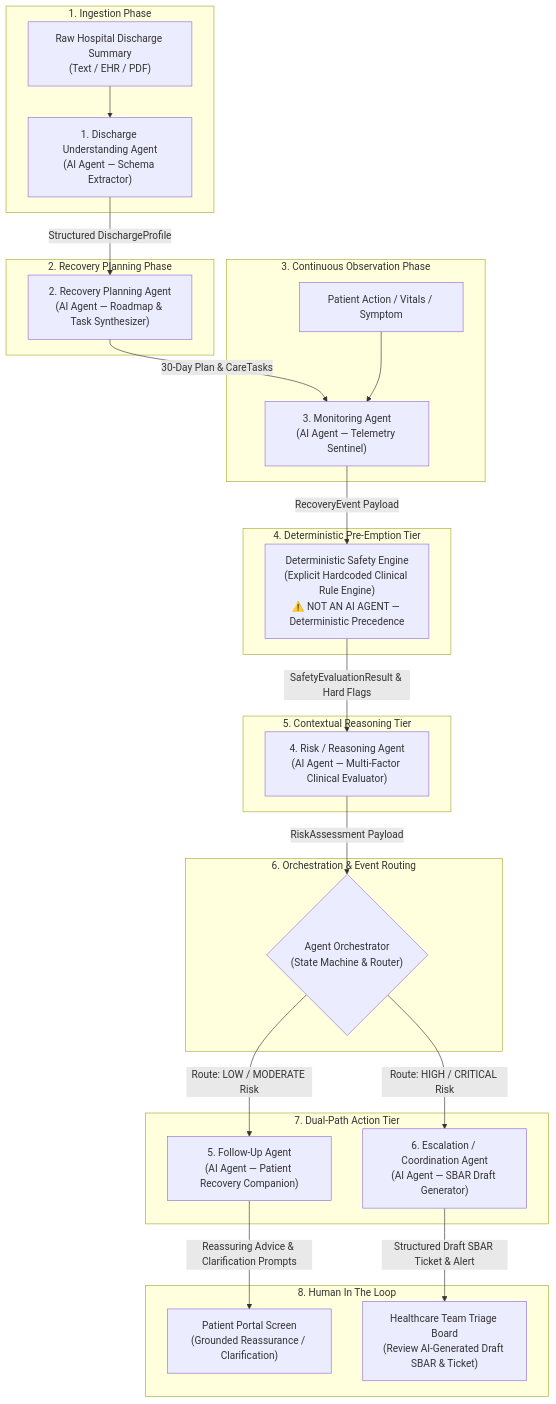
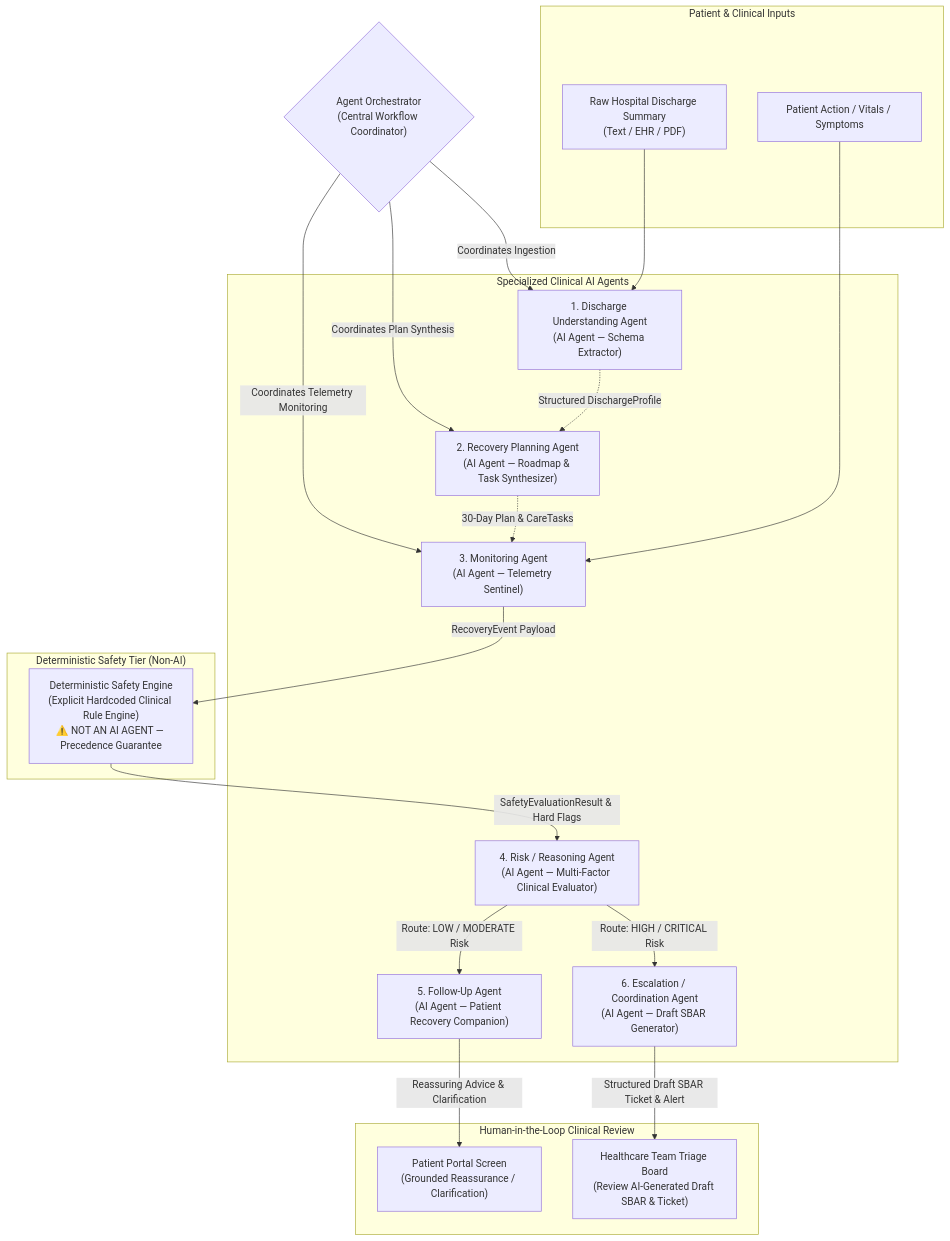
The first of 2 diagrams in docs/architecture/agent-architecture.md (pavan15279/carebridge-ai), drawn with Mermaid before and after one commit. The commit also changed other lines of this file and 3 other files, not shown here.

Commit message:
docs: clarify agent orchestration flow

````diff
--- a/docs/architecture/agent-architecture.md
+++ b/docs/architecture/agent-architecture.md
@@ -79,52 +82,45 @@
 ```mermaid
 flowchart TD
-    subgraph DocumentInput ["1. Ingestion Phase"]
+    ORCHESTRATOR{"Agent Orchestrator\n(Central Workflow Coordinator)"}
+
+    subgraph Inputs ["Patient & Clinical Inputs"]
         RAW_DOC["Raw Hospital Discharge Summary\n(Text / EHR / PDF)"]
-        AGENT_1["1. Discharge Understanding Agent\n(AI Agent — Schema Extractor)"]
+        PATIENT_ACTION["Patient Action / Vitals / Symptoms"]
     end
 
-    subgraph PlanningPhase ["2. Recovery Planning Phase"]
+    subgraph AgentsTier ["Specialized Clinical AI Agents"]
+        AGENT_1["1. Discharge Understanding Agent\n(AI Agent — Schema Extractor)"]
         AGENT_2["2. Recovery Planning Agent\n(AI Agent — Roadmap & Task Synthesizer)"]
+        AGENT_3["3. Monitoring Agent\n(AI Agent — Telemetry Sentinel)"]
+        AGENT_4["4. Risk / Reasoning Agent\n(AI Agent — Multi-Factor Clinical Evaluator)"]
+        AGENT_5["5. Follow-Up Agent\n(AI Agent — Patient Recovery Companion)"]
+        AGENT_6["6. Escalation / Coordination Agent\n(AI Agent — Draft SBAR Generator)"]
     end
 
-    subgraph MonitoringPhase ["3. Continuous Observation Phase"]
-        PATIENT_ACTION["Patient Action / Vitals / Symptom"]
-        AGENT_3["3. Monitoring Agent\n(AI Agent — Telemetry Sentinel)"]
+    subgraph SafetyTier ["Deterministic Safety Tier (Non-AI)"]
+        SAFETY_ENGINE["Deterministic Safety Engine\n(Explicit Hardcoded Clinical Rule Engine)\n⚠️ NOT AN AI AGENT — Precedence Guarantee"]
     end
 
-    subgraph SafetyTier ["4. Deterministic Pre-Emption Tier"]
-        SAFETY_ENGINE["Deterministic Safety Engine\n(Explicit Hardcoded Clinical Rule Engine)\n⚠️ NOT AN AI AGENT — Deterministic Precedence"]
-    end
-
-    subgraph CognitiveTier ["5. Contextual Reasoning Tier"]
-        AGENT_4["4. Risk / Reasoning Agent\n(AI Agent — Multi-Factor Clinical Evaluator)"]
-    end
-
-    subgraph OrchestrationTier ["6. Orchestration & Event Routing"]
-        ORCHESTRATOR{"Agent Orchestrator\n(State Machine & Router)"}
-    end
-
-    subgraph ActionTier ["7. Dual-Path Action Tier"]
-        AGENT_5["5. Follow-Up Agent\n(AI Agent — Patient Recovery Companion)"]
-        AGENT_6["6. Escalation / Coordination Agent\n(AI Agent — SBAR Draft Generator)"]
-    end
-
-    subgraph Humans ["8. Human In The Loop"]
+    subgraph HumanReview ["Human-in-the-Loop Clinical Review"]
         PATIENT_UI["Patient Portal Screen\n(Grounded Reassurance / Clarification)"]
         CLINICAL_BOARD["Healthcare Team Triage Board\n(Review AI-Generated Draft SBAR & Ticket)"]
     end
 
+    ORCHESTRATOR -->|Coordinates Ingestion| AGENT_1
+    ORCHESTRATOR -->|Coordinates Plan Synthesis| AGENT_2
+    ORCHESTRATOR -->|Coordinates Telemetry Monitoring| AGENT_3
+
     RAW_DOC --> AGENT_1
-    AGENT_1 -->|Structured DischargeProfile| AGENT_2
-    AGENT_2 -->|30-Day Plan & CareTasks| AGENT_3
+    AGENT_1 -.->|Structured DischargeProfile| AGENT_2
+    AGENT_2 -.->|30-Day Plan & CareTasks| AGENT_3
     PATIENT_ACTION --> AGENT_3
+
     AGENT_3 -->|RecoveryEvent Payload| SAFETY_ENGINE
     SAFETY_ENGINE -->|SafetyEvaluationResult & Hard Flags| AGENT_4
-    AGENT_4 -->|RiskAssessment Payload| ORCHESTRATOR
 
-    ORCHESTRATOR -->|Route: LOW / MODERATE Risk| AGENT_5
-    ORCHESTRATOR -->|Route: HIGH / CRITICAL Risk| AGENT_6
+    AGENT_4 -->|Route: LOW / MODERATE Risk| AGENT_5
+    AGENT_4 -->|Route: HIGH / CRITICAL Risk| AGENT_6
 
-    AGENT_5 -->|Reassuring Advice & Clarification Prompts| PATIENT_UI
+    AGENT_5 -->|Reassuring Advice & Clarification| PATIENT_UI
     AGENT_6 -->|Structured Draft SBAR Ticket & Alert| CLINICAL_BOARD
 ```
````
